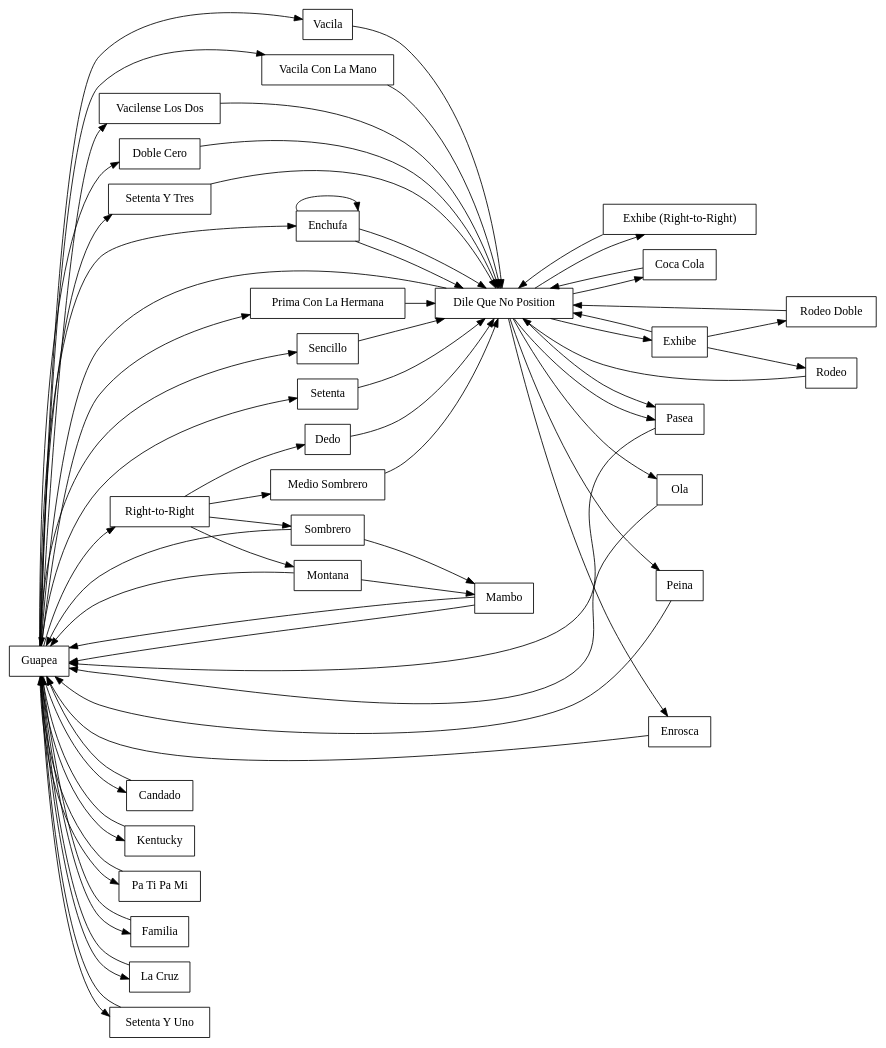
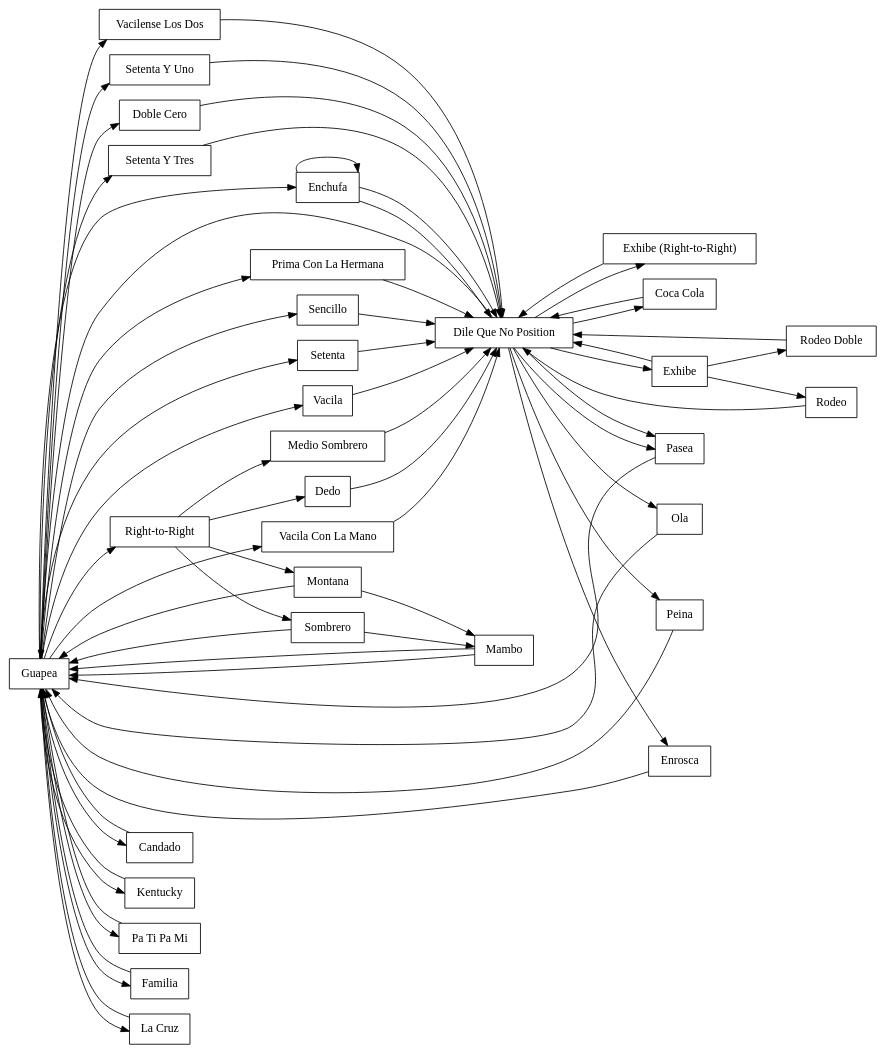
One commit to adharsh/Salsa changed the diagram in social_all_dile_que_no_is_same.dot. Above: the diagram before and after it, drawn with Graphviz. The commit also changed 3 other files, not shown here.

```diff
--- a/social_all_dile_que_no_is_same.dot
+++ b/social_all_dile_que_no_is_same.dot
@@ -1,91 +1,91 @@
 
 /*
 Notes
 - Guapea can be skipped
 - Rueda moves, add *, can be disabled
 
 Others:
 - https://bachatasteps.com/?topic=salsa&options=newest
 - https://www.makelinux.net/salsa/
 - guapea -> familia -> guapea, does it end in dilequeno?
 - tf is traslado?
 - la cruz ends in dile que no position or guapea?
 - exhibe (right-to-right), only option is pasea?
 
 Can all dile que no positions can be right-to-right?
 
 */
 
 digraph SalsaDanceMoves {
   rankdir=LR; 
   node [shape=box];
   edge [color=black];
 
   // Level 1
   Guapea -> Enchufa;
   Enchufa -> "Dile Que No Position";
   Enchufa -> "Dile Que No Position";
   "Dile Que No Position" -> Guapea;
   "Dile Que No Position" -> Exhibe;
   "Dile Que No Position" -> Pasea;
   "Dile Que No Position" -> Pasea;
   Pasea -> Guapea;
   Exhibe -> "Dile Que No Position";
   
   // Closed Position - usually only in beginning, so commented out
   // "Dile Que No Position" -> "Closed Position";
   // "Closed Position" -> "Caminamos Arriba" -> "Caminamos Abajo";
   // "Closed Position" -> "Caminamos Abajo" -> "Caminamos Arriba";
   // "Caminamos Arriba" -> Basico;
   // "Caminamos Abajo" -> Basico;
   // "Caminamos Arriba" -> "Lleva Abajo";
   // "Caminamos Abajo" -> "Lleva Abajo";
   // "Lleva Abajo" -> Exhibe;
 
   // Level 2a
   Enchufa -> Enchufa;
   Guapea -> Candado -> Guapea;
   Guapea -> Kentucky -> Guapea;
   Guapea -> "Pa Ti Pa Mi" -> Guapea;
 
   // Level 2b
   Guapea -> "Prima Con La Hermana" -> "Dile Que No Position";
   Guapea -> Familia -> Guapea;
 
   // Level 2c
   Exhibe -> Rodeo -> "Dile Que No Position";
   Exhibe -> "Rodeo Doble" -> "Dile Que No Position";
   Guapea -> "La Cruz" -> Guapea;
 
   // Level 2d
   Guapea -> Sencillo -> "Dile Que No Position";
   Guapea -> Setenta -> "Dile Que No Position";
   //"Dile Que No Position" -> "Flare - Leader Left Arm Extension" -> Guapea;
 
   // Level 3a
   Guapea -> Vacila -> "Dile Que No Position";
   Guapea -> "Vacila Con La Mano" -> "Dile Que No Position";
   Guapea -> "Vacilense Los Dos" -> "Dile Que No Position";
   Guapea -> "Right-to-Right";
   "Right-to-Right" -> "Medio Sombrero" -> "Dile Que No Position";
   "Dile Que No Position" -> "Exhibe (Right-to-Right)" -> "Dile Que No Position";
 
   // Level 3b
   "Right-to-Right" -> Sombrero -> Guapea;
   Sombrero -> Mambo -> Guapea;
   "Dile Que No Position" -> Ola -> Guapea;
   "Right-to-Right" -> Dedo -> "Dile Que No Position";
   "Right-to-Right" -> Montana -> Guapea;
   Montana -> Mambo -> Guapea;
   //"Dile Que No Position" -> "Flare - Leader Left Arm Extension" -> "Dile Que No Position";
 
   // Level 3c
   "Dile Que No Position" -> Peina -> Guapea;
   "Dile Que No Position" -> Enrosca -> Guapea;
-  Guapea -> "Setenta Y Uno" -> Guapea;
+  Guapea -> "Setenta Y Uno" -> "Dile Que No Position";
   "Dile Que No Position" -> "Coca Cola" -> "Dile Que No Position";
 
   // Level 3d
   Guapea -> "Doble Cero" -> "Dile Que No Position";
   Guapea -> "Setenta Y Tres" -> "Dile Que No Position";
 }
```
